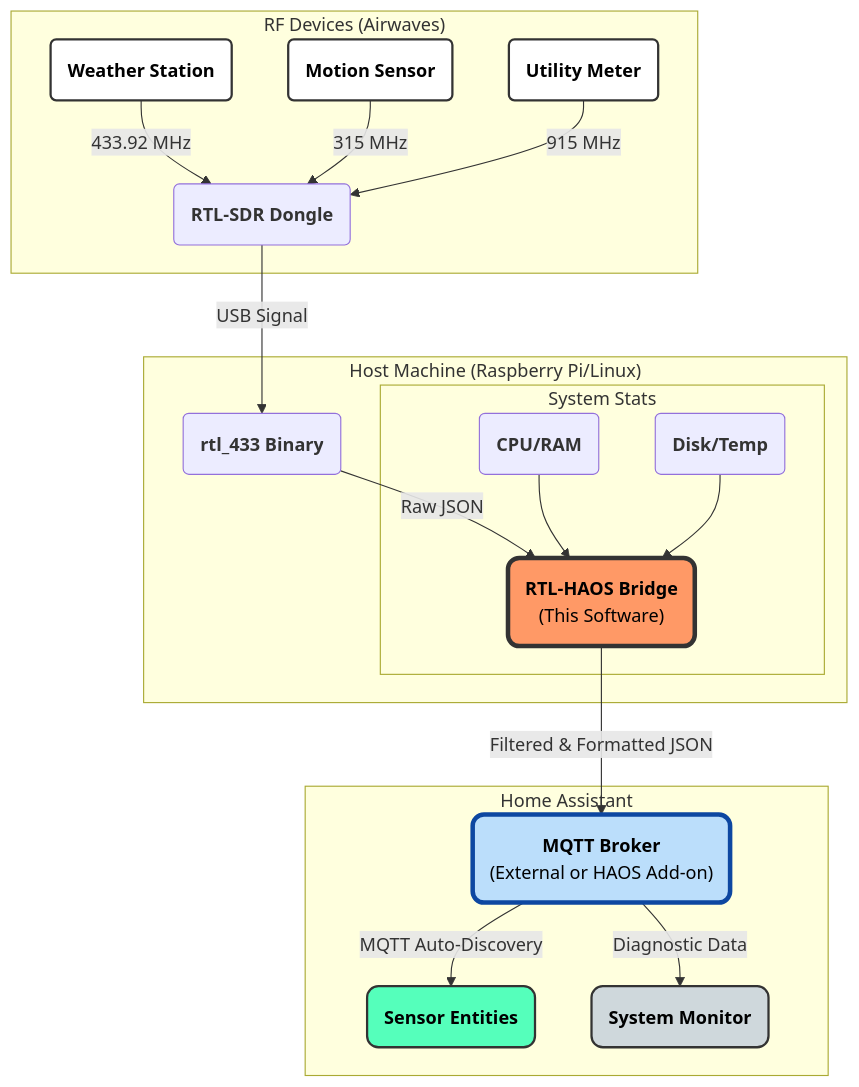
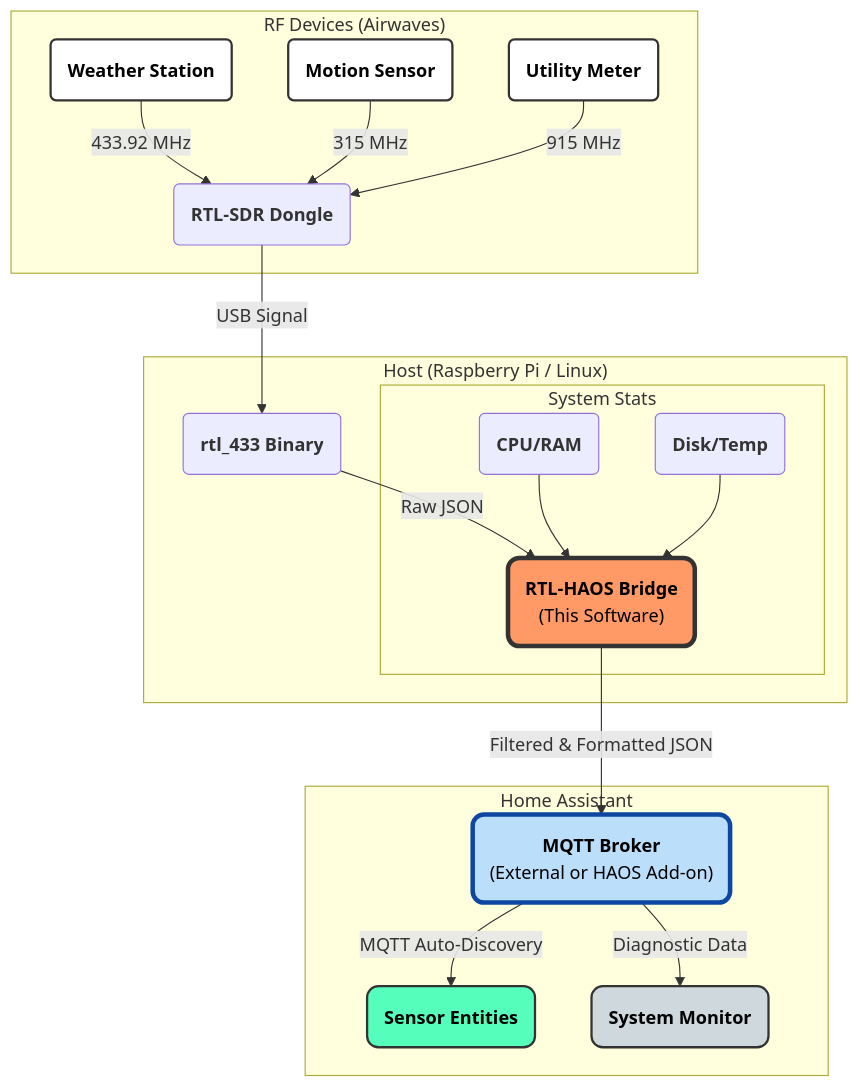
The diagram in README.md (jaronmcd/rtl-haos), drawn with Mermaid before and after one commit.

Commit message:
Update README.md typo in chart host description

````diff
--- a/README.md
+++ b/README.md
@@ -34,45 +34,45 @@
 ```mermaid
 graph TD
     subgraph "RF Devices (Airwaves)"
         A(<b>Weather Station</b>) -->|433.92 MHz| D(<b>Antenna</b>)
         B(<b>Motion Sensor</b>) -->|315 MHz| D
         C(<b>Utility Meter</b>) -->|915 MHz| D
     end
 
-    subgraph "Host Machine (Raspberry Pi/Linux)"
+    subgraph "Host (Raspberry Pi / Linux)"
         D(<b>RTL-SDR Dongle</b>) -->|USB Signal| E(<b>rtl_433 Binary</b>)
         E -->|Raw JSON| F("<b>RTL-HAOS Bridge</b><br/>(This Software)")
         
         subgraph "System Stats"
             H(<b>CPU/RAM</b>) --> F
             I(<b>Disk/Temp</b>) --> F
         end
     end
 
     %% MQTT Broker
     F -->|Filtered & Formatted JSON| G("<b>MQTT Broker</b><br/>(External or HAOS Add-on)")
 
     subgraph "Home Assistant"
         G -->|MQTT Auto-Discovery| J(<b>Sensor Entities</b>)
         G -->|Diagnostic Data| K(<b>System Monitor</b>)
     end
     
     %% STYLING
     
     %% RTL Bridge (Orange)
     style F fill:#f96,stroke:#333,stroke-width:4px,color:black,rx:10,ry:10
     
     %% MQTT Broker (Blue)
     style G fill:#bbdefb,stroke:#0d47a1,stroke-width:4px,color:black,rx:10,ry:10
     
     %% Sensor Entities (Green)
     style J fill:#5fb,stroke:#333,stroke-width:2px,color:black,rx:10,ry:10
     
     %% System Monitor (Gray)
     style K fill:#cfd8dc,stroke:#333,stroke-width:2px,color:black,rx:10,ry:10
     
     %% Input Devices (White)
     style A fill:#fff,stroke:#333,stroke-width:2px,color:black,rx:5,ry:5
     style B fill:#fff,stroke:#333,stroke-width:2px,color:black,rx:5,ry:5
     style C fill:#fff,stroke:#333,stroke-width:2px,color:black,rx:5,ry:5
 ```
````
